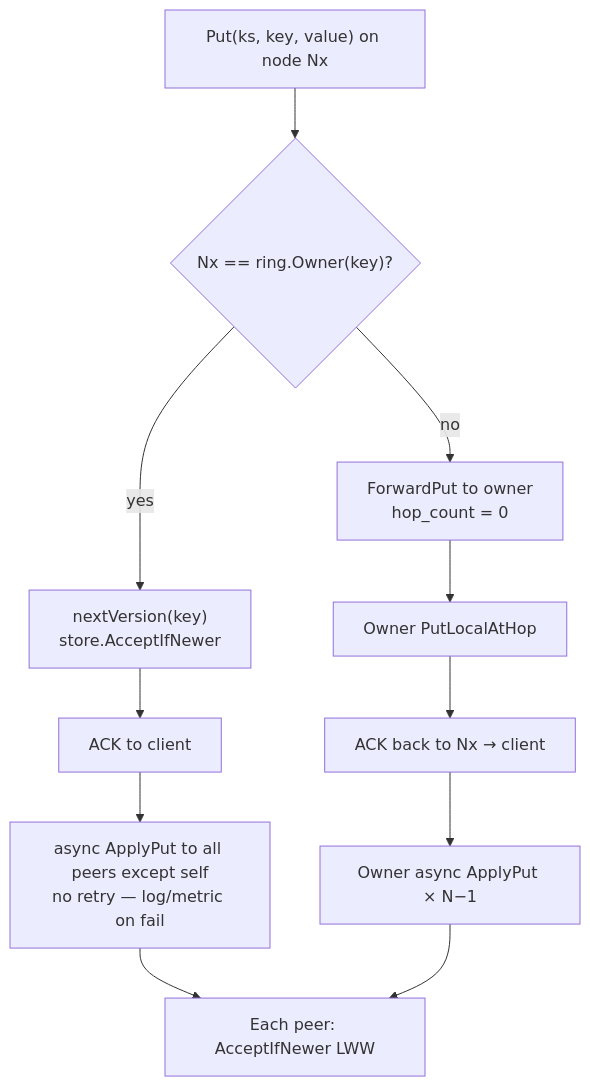
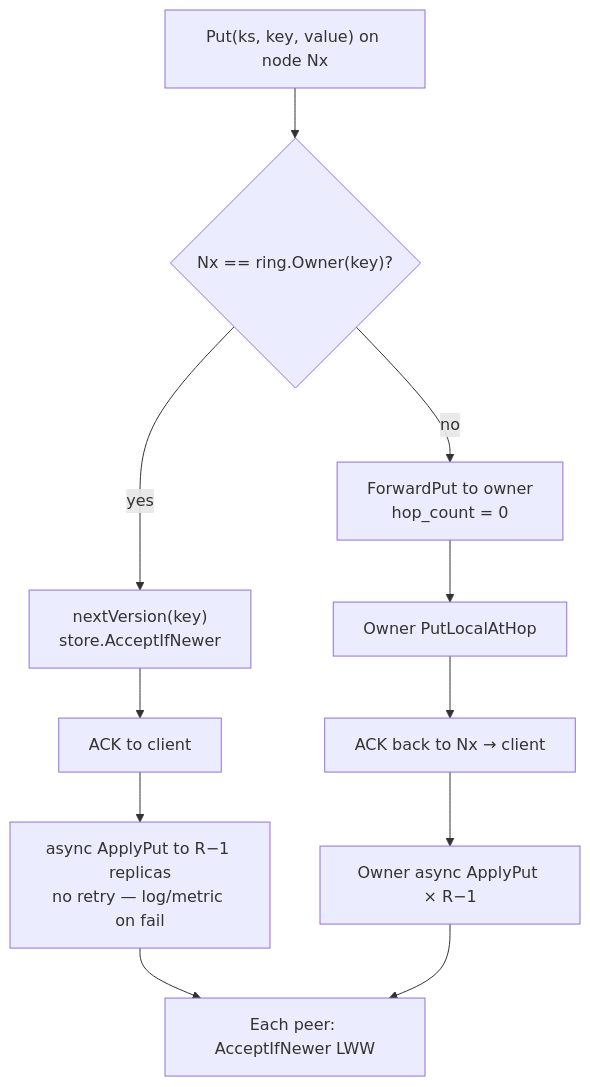
One commit to Code0987/supercache changed the third of 18 diagrams in docs/CLUSTER_FLOWS.md. Above: the diagram before and after it, drawn with Mermaid. The commit also changed other lines of this file and 17 other files, not shown here.

First line of the commit message:
Bound Put fan-out to a ring replica set.

````diff
--- a/docs/CLUSTER_FLOWS.md
+++ b/docs/CLUSTER_FLOWS.md
@@ -78,16 +78,16 @@
 ```mermaid
 flowchart TD
   START["Put(ks, key, value) on node Nx"] --> OWN{"Nx == ring.Owner(key)?"}
 
   OWN -->|yes| APPLY["nextVersion(key)<br/>store.AcceptIfNewer"]
   APPLY --> ACK["ACK to client"]
-  ACK --> FAN["async ApplyPut to all peers except self<br/>no retry — log/metric on fail"]
+  ACK --> FAN["async ApplyPut to R−1 replicas<br/>no retry — log/metric on fail"]
 
   OWN -->|no| FWD["ForwardPut to owner<br/>hop_count = 0"]
   FWD --> OL["Owner PutLocalAtHop"]
   OL --> OACK["ACK back to Nx → client"]
-  OACK --> FAN2["Owner async ApplyPut × N−1"]
+  OACK --> FAN2["Owner async ApplyPut × R−1"]
 
   FAN --> PEER["Each peer: AcceptIfNewer LWW"]
   FAN2 --> PEER
 ```
````
